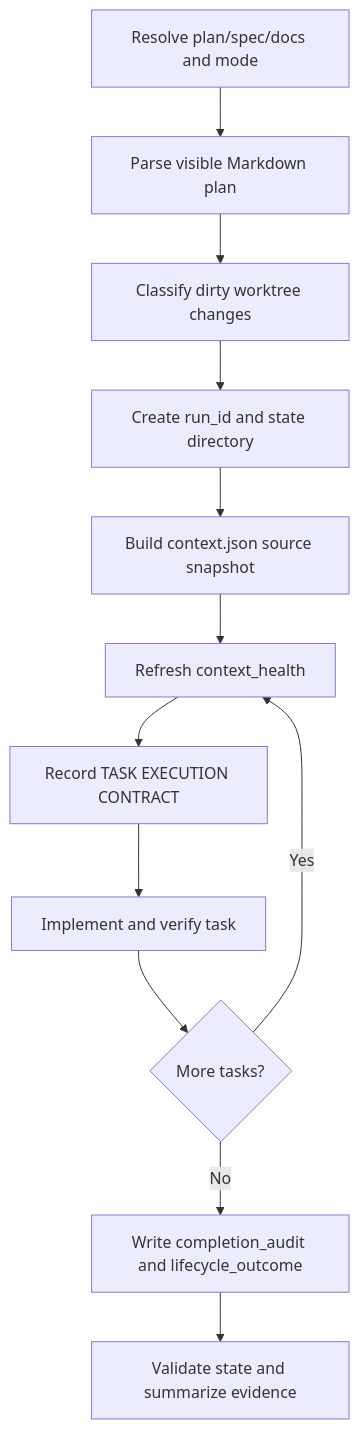
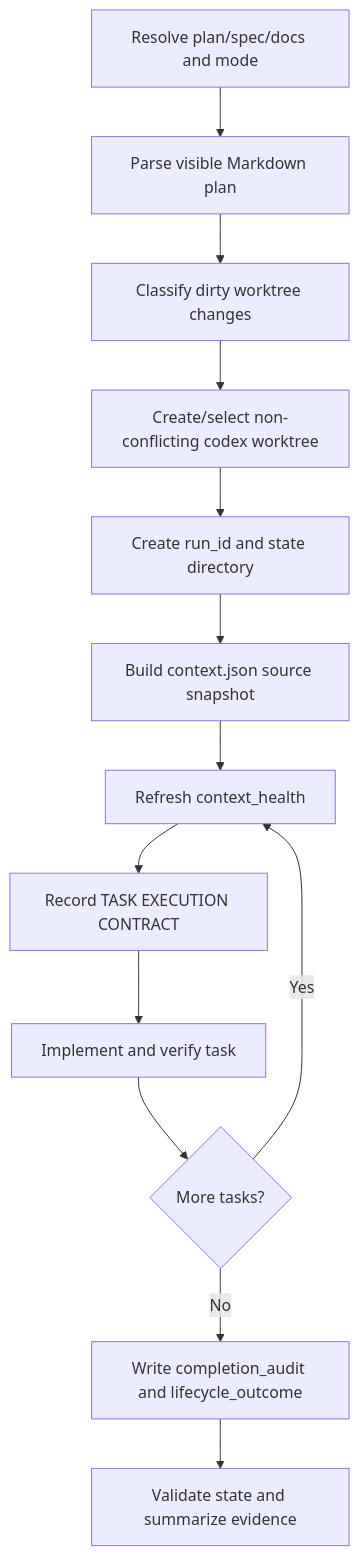
One commit to beyondwin/Archive changed the diagram in skills/kws-codex-plan-executor/README.md. Above: the diagram before and after it, drawn with Mermaid. The commit also changed other lines of this file and 18 other files, not shown here.

Commit message:
feat(kws-codex-plan-executor): require execution worktrees

````diff
--- a/skills/kws-codex-plan-executor/README.md
+++ b/skills/kws-codex-plan-executor/README.md
@@ -76,14 +78,15 @@
 ```mermaid
 flowchart TD
   A["Resolve plan/spec/docs and mode"] --> B["Parse visible Markdown plan"]
   B --> C["Classify dirty worktree changes"]
-  C --> D["Create run_id and state directory"]
-  D --> E["Build context.json source snapshot"]
-  E --> F["Refresh context_health"]
-  F --> G["Record TASK EXECUTION CONTRACT"]
-  G --> H["Implement and verify task"]
-  H --> I{"More tasks?"}
-  I -- Yes --> F
-  I -- No --> J["Write completion_audit and lifecycle_outcome"]
-  J --> K["Validate state and summarize evidence"]
+  C --> D["Create/select non-conflicting codex worktree"]
+  D --> E["Create run_id and state directory"]
+  E --> F["Build context.json source snapshot"]
+  F --> G["Refresh context_health"]
+  G --> H["Record TASK EXECUTION CONTRACT"]
+  H --> I["Implement and verify task"]
+  I --> J{"More tasks?"}
+  J -- Yes --> G
+  J -- No --> K["Write completion_audit and lifecycle_outcome"]
+  K --> L["Validate state and summarize evidence"]
 ```
````
